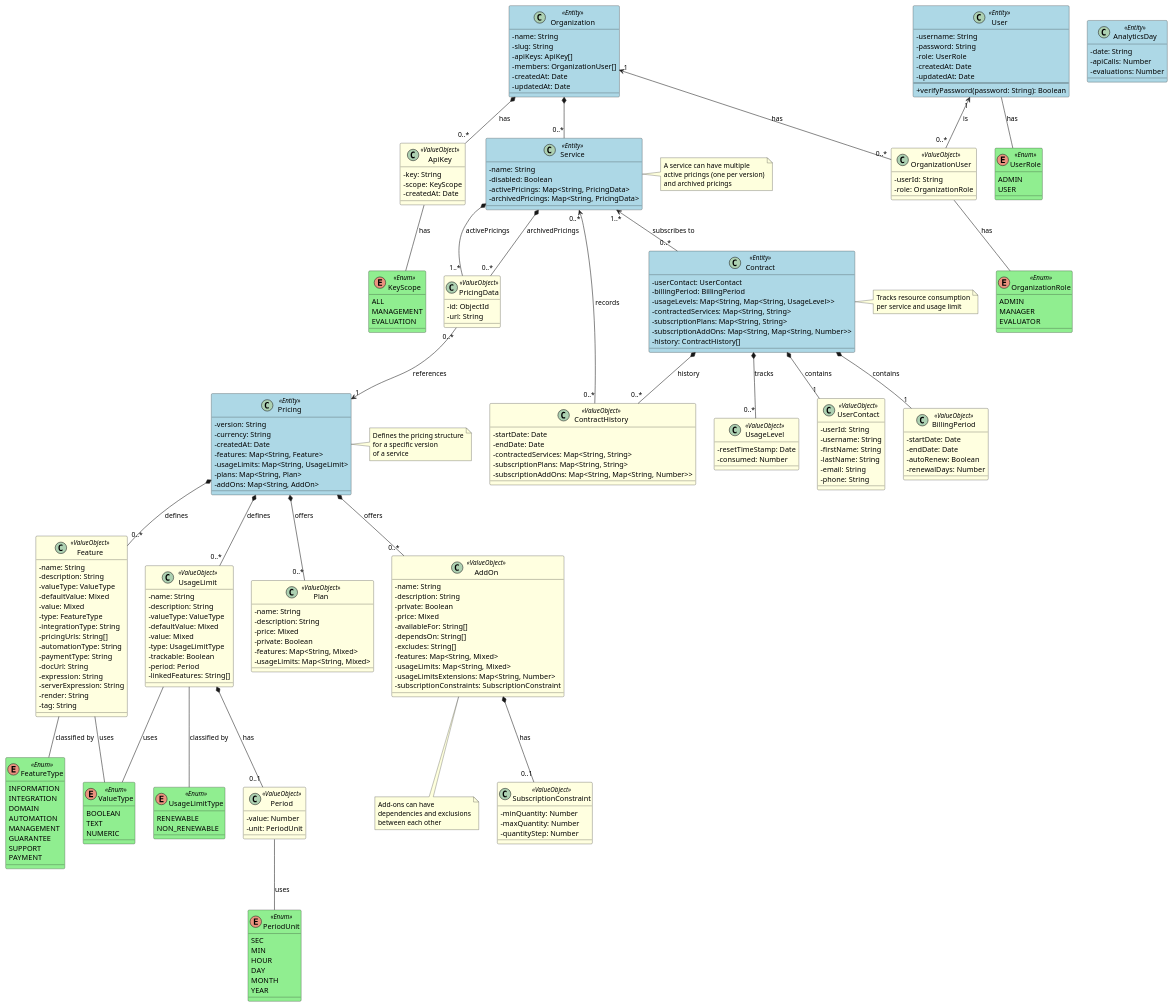
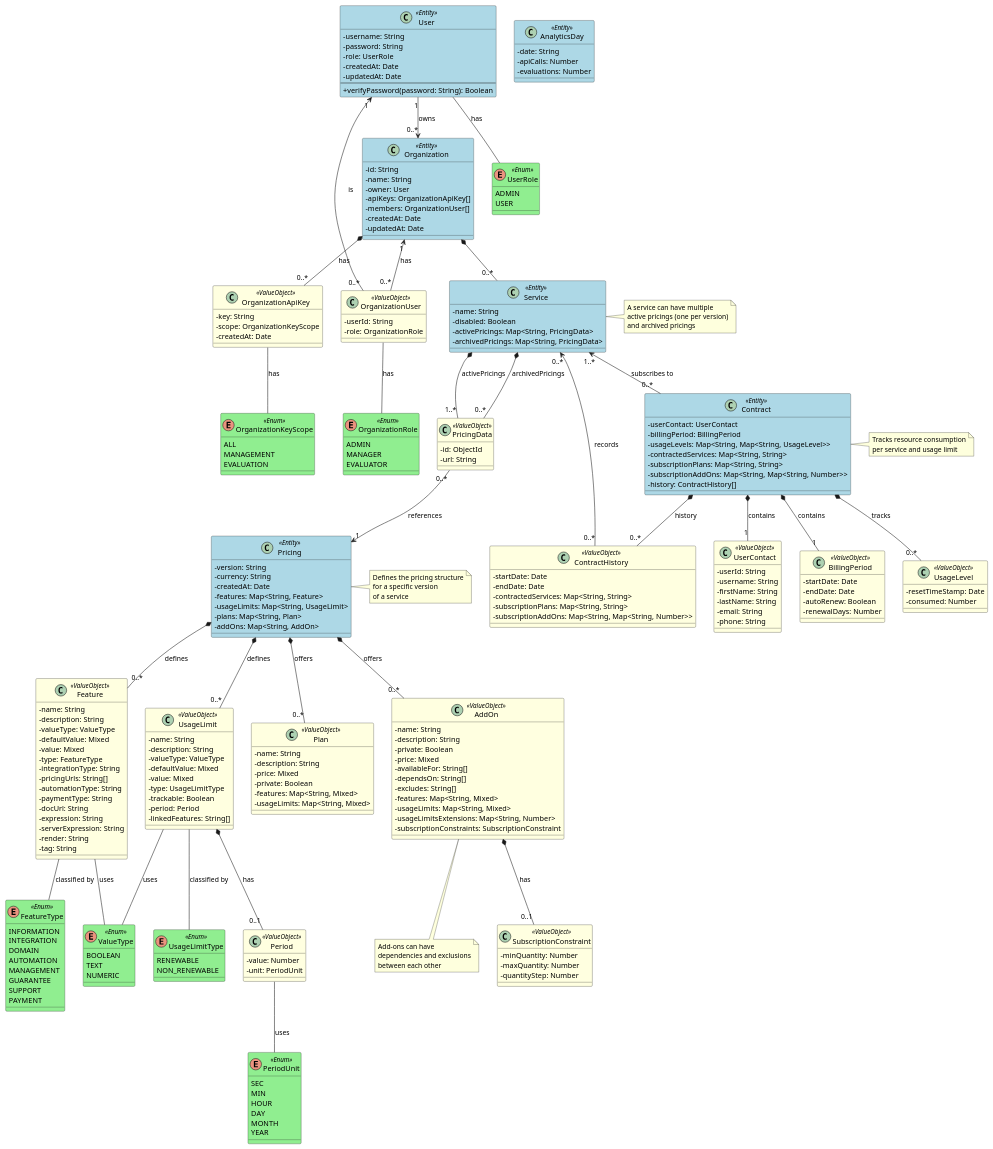
The diagram in docs/domain-model.puml (isa-group/space), drawn with PlantUML before and after one commit.

Commit message:
feat: changed slug for id in organizations

```diff
--- a/docs/domain-model.puml
+++ b/docs/domain-model.puml
@@ -14,7 +14,7 @@
     USER
 }
 
-enum KeyScope <<Enum>> {
+enum OrganizationKeyScope <<Enum>> {
     ALL
     MANAGEMENT
     EVALUATION
@@ -69,9 +69,10 @@
 }
 
 class Organization <<Entity>>{
+    - id: String
     - name: String
-    - slug: String
-    - apiKeys: ApiKey[]
+    - owner: User
+    - apiKeys: OrganizationApiKey[]
     - members: OrganizationUser[]
     - createdAt: Date
     - updatedAt: Date
@@ -125,9 +126,9 @@
     - role: OrganizationRole
 }
 
-class ApiKey <<ValueObject>> {
+class OrganizationApiKey <<ValueObject>> {
     - key: String
-    - scope: KeyScope
+    - scope: OrganizationKeyScope
     - createdAt: Date
 }
 
@@ -222,6 +223,7 @@
 
 ' Relationships
 User "1" <-- "0..*" OrganizationUser: is
+User "1" --> "0..*" Organization: owns
 
 Contract *-- "1" UserContact : contains
 Contract *-- "1" BillingPeriod : contains
@@ -229,7 +231,7 @@
 Contract *-- "0..*" ContractHistory : history
 
 Organization "1" <-- "0..*" OrganizationUser : has
-Organization *-- "0..*" ApiKey : has
+Organization *-- "0..*" OrganizationApiKey : has
 Organization *-- "0..*" Service
 
 OrganizationUser -- OrganizationRole : has
@@ -256,7 +258,7 @@
 Period -- PeriodUnit : uses
 
 User -- UserRole : has
-ApiKey -- KeyScope : has
+OrganizationApiKey -- OrganizationKeyScope : has
 
 ' Notes
 note right of Service
```
